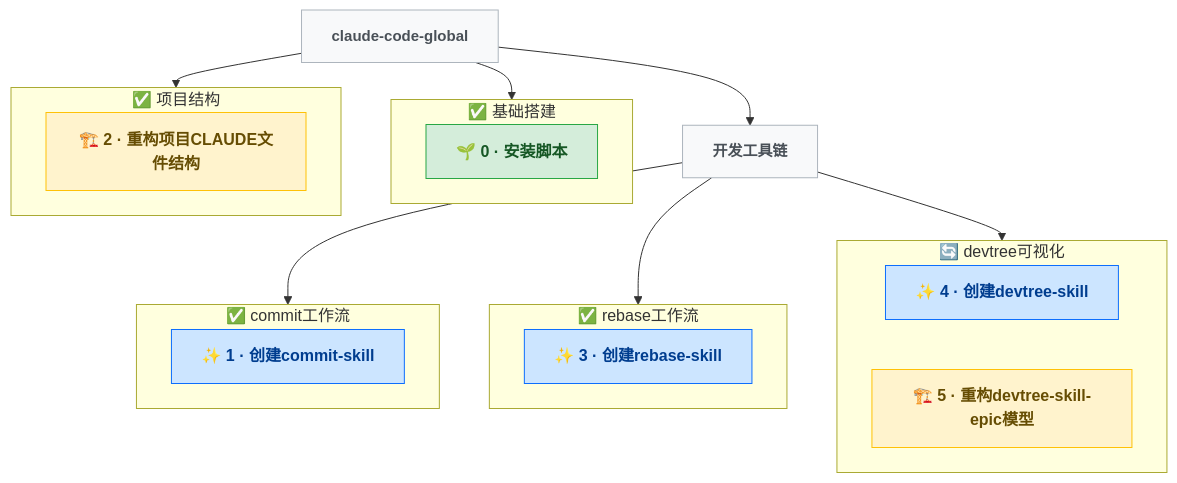
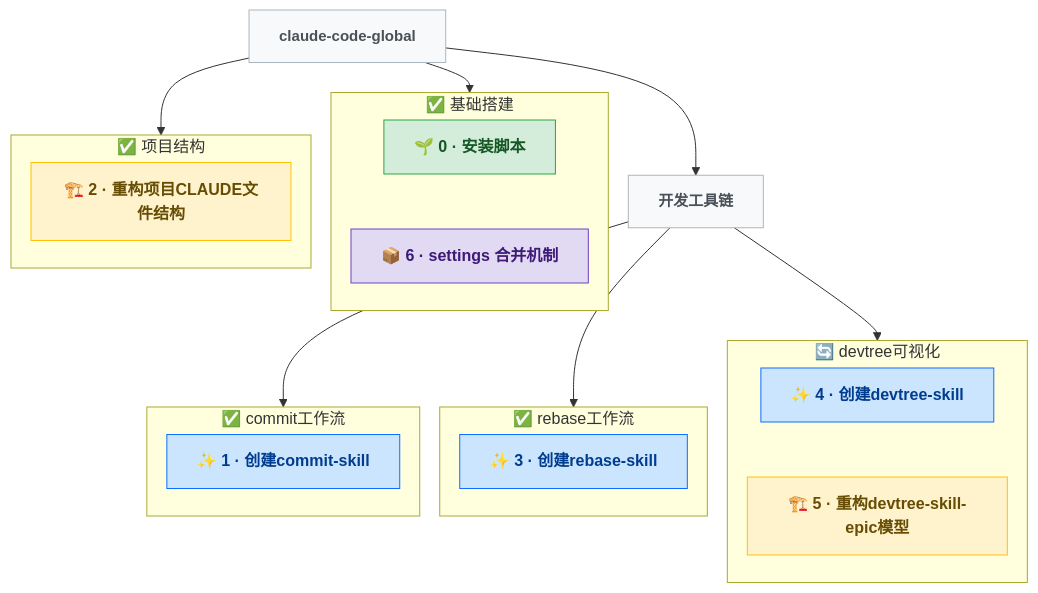
Before and after one commit to pkulijing/claude-code-global: the diagram in docs/DEVTREE.md, drawn with Mermaid. The commit also changed other lines of this file and 7 other files, not shown here.

First line of the commit message:
feat(install): settings.base.json 合并机制，避免 skill 权限弹窗

````diff
--- a/docs/DEVTREE.md
+++ b/docs/DEVTREE.md
@@ -51,47 +18,48 @@
 ```mermaid
-%%{init: {'flowchart': {'rankSpacing': 25}}}%%
+%%{init: {'flowchart': {'rankSpacing': 30, 'nodeSpacing': 20}}}%%
 graph TD
   classDef genesis  fill:#d4edda,stroke:#28a745,color:#155724,font-weight:bold
   classDef feature  fill:#cce5ff,stroke:#0d6efd,color:#003d8f,font-weight:bold
   classDef bugfix   fill:#f8d7da,stroke:#dc3545,color:#721c24,font-weight:bold
   classDef refactor fill:#fff3cd,stroke:#ffc107,color:#664d03,font-weight:bold
   classDef infra    fill:#e2d9f3,stroke:#6f42c1,color:#3d1a78,font-weight:bold
   classDef research fill:#e2e3e5,stroke:#6c757d,color:#383d41,font-weight:bold
   classDef epic     fill:#f8f9fa,stroke:#adb5bd,color:#495057,font-weight:bold,font-size:15px
 
   ROOT["claude-code-global"]:::epic
   ROOT --> e_base
   ROOT --> e_struct
   ROOT --> toolchain["开发工具链"]:::epic
+  toolchain --> e_commit
+  toolchain --> e_rebase
+  toolchain --> e_devtree
 
   subgraph e_base["✅ 基础搭建"]
     direction TB
     N0["🌱 0 · 安装脚本"]:::genesis
+    N6["📦 6 · settings 合并机制"]:::infra
+    N0 ~~~ N6
   end
 
   subgraph e_struct["✅ 项目结构"]
     direction TB
     N2["🏗️ 2 · 重构项目CLAUDE文件结构"]:::refactor
   end
-
-  toolchain --> e_commit
-  toolchain --> e_rebase
-  toolchain --> e_devtree
 
   subgraph e_commit["✅ commit工作流"]
     direction TB
     N1["✨ 1 · 创建commit-skill"]:::feature
   end
 
   subgraph e_rebase["✅ rebase工作流"]
     direction TB
     N3["✨ 3 · 创建rebase-skill"]:::feature
   end
 
   subgraph e_devtree["🔄 devtree可视化"]
     direction TB
     N4["✨ 4 · 创建devtree-skill"]:::feature
     N5["🏗️ 5 · 重构devtree-skill-epic模型"]:::refactor
     N4 ~~~ N5
   end
 ```
````
